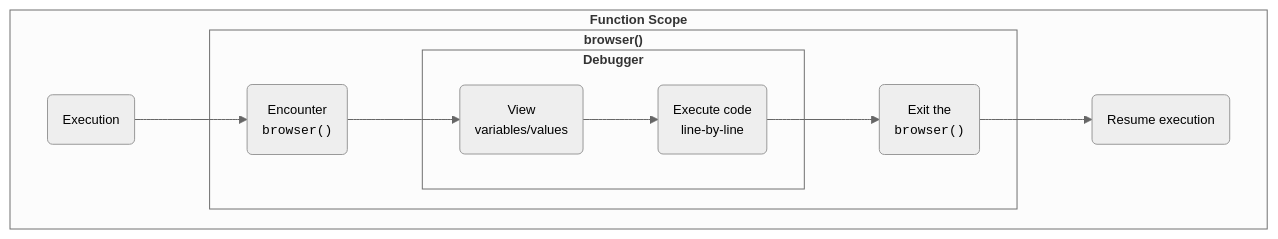
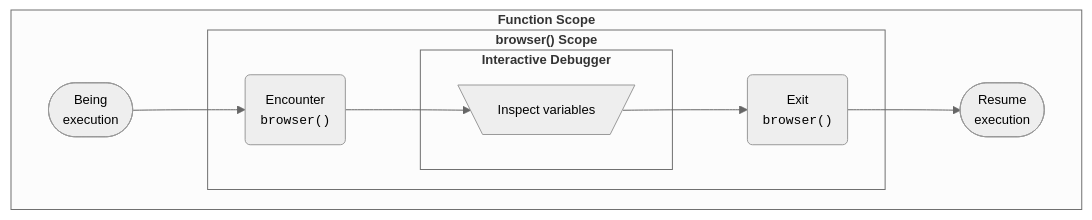
One commit to mjfrigaard/shiny-app-pkgs changed the second of 3 diagrams in debugger.qmd. Above: the diagram before and after it, drawn with Mermaid. The commit also changed other lines of this file and 33 other files, not shown here.

````diff
--- a/debugger.qmd
+++ b/debugger.qmd
@@ -127,36 +145,36 @@
 ```{mermaid}
 %%| fig-cap: 'How `browser()` works in regular R function'
 %%| fig-align: center
 %%{init: {'theme': 'neutral', 'themeVariables': { 'fontFamily': 'monospace', "fontSize":"13px"}}}%%
 flowchart TD
     subgraph Function["<strong>Function Scope</strong>"]
-        Running("Execution")
+        Running(["Being<br>execution"])
         Running --> Encounter
         
-        subgraph BrowserStep["<strong>browser()<strong>"]
-            Encounter("Encounter<br><code>browser()</code>") --> Step1
+        subgraph BrowserStep["<strong>browser() Scope<strong>"]
+            Encounter("Encounter<br><code>browser()</code>") --> Step
             
-            subgraph Debugger["<strong>Debugger</strong>"]
-                Step1("View<br>variables/values") --> Step2("Execute code<br>line-by-line")
+            subgraph Debugger["<strong>Interactive Debugger</strong>"]
+                Step[\"Inspect variables"/]
             end
-            Step2 --> ExitBrowser("Exit the<br><code>browser()</code>")
+            Step --> ExitBrowser("Exit <br><code>browser()</code>")
             
         end
-        ExitBrowser --> Resume("Resume execution")
+        ExitBrowser --> Resume(["Resume<br>execution"])
         
     end
     
     %% subgraphs
     %% style Function fill:#FFF,color:#000,stroke:#333,font-size:14px %%
     %% style BrowserStep stroke:#4CBB9D,color:#000,stroke-width:3px,rx:10,ry:10,font-size:14px  %%
     %% style Debugger fill:#F8F8FA,color:#000,stroke:#4CB7DB,stroke-width:3px,rx:10,ry:10,font-size:14px %%
     
     %% nodes 
     %% style Running fill:#FFF,color:#000,stroke:#333,rx:10,ry:10,font-size:14px %%
     %% style Encounter fill:#4CBB9D,color:#FFFFFF,stroke:none,rx:10,ry:10,font-size:14px %%
     %% style Step1 fill:#4CB7DB,color:#000,stroke:none,rx:15,ry:15,font-size:14px %%
     %% style Step2 fill:#4CB7DB,color:#000,stroke:none,rx:10,ry:10,font-size:14px %%
     %% style ExitBrowser fill:#4CBB9D,color:#FFFFFF,stroke:none,rx:20,ry:10,font-size:14px %%
     %% style Resume fill:#FFF,color:#000,stroke:#333,rx:10,ry:10,font-size:14px %%
     
 ```
````
